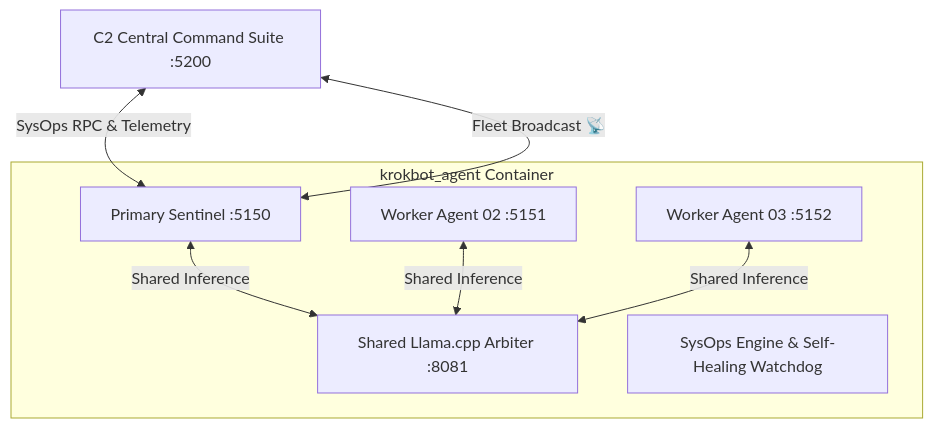
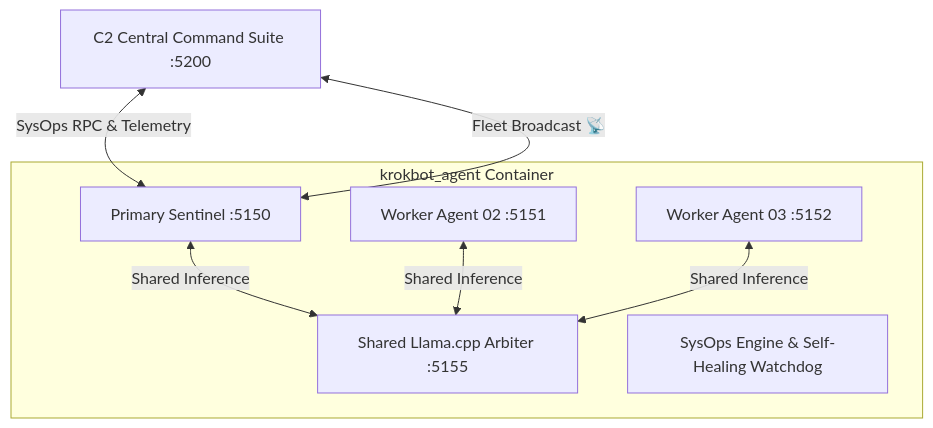
Before and after one commit to Drtirnatech/krokbot: the diagram in README.md, drawn with Mermaid. The commit also changed other lines of this file and 26 other files, not shown here.

````diff
--- a/README.md
+++ b/README.md
@@ -21,15 +24,15 @@
 ```mermaid
 graph TD
     C2[C2 Central Command Suite :5200] <-->|SysOps RPC & Telemetry| PS[Primary Sentinel :5150]
     C2 <-->|Fleet Broadcast 📡| PS
     subgraph Master Container [krokbot_agent Container]
         PS
         W1[Worker Agent 02 :5151]
         W2[Worker Agent 03 :5152]
-        ARB[Shared Llama.cpp Arbiter :8081]
+        ARB[Shared Llama.cpp Arbiter :5155]
         SO[SysOps Engine & Self-Healing Watchdog]
     end
     PS <-->|Shared Inference| ARB
     W1 <-->|Shared Inference| ARB
     W2 <-->|Shared Inference| ARB
 ```
````
